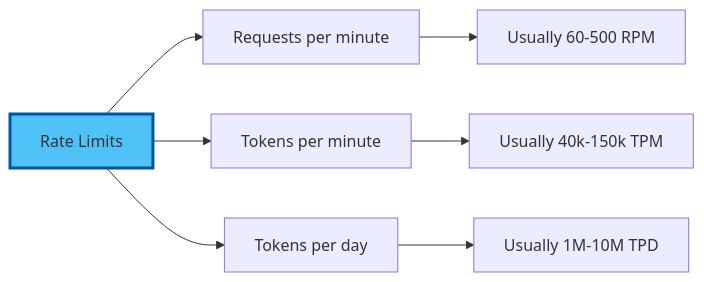
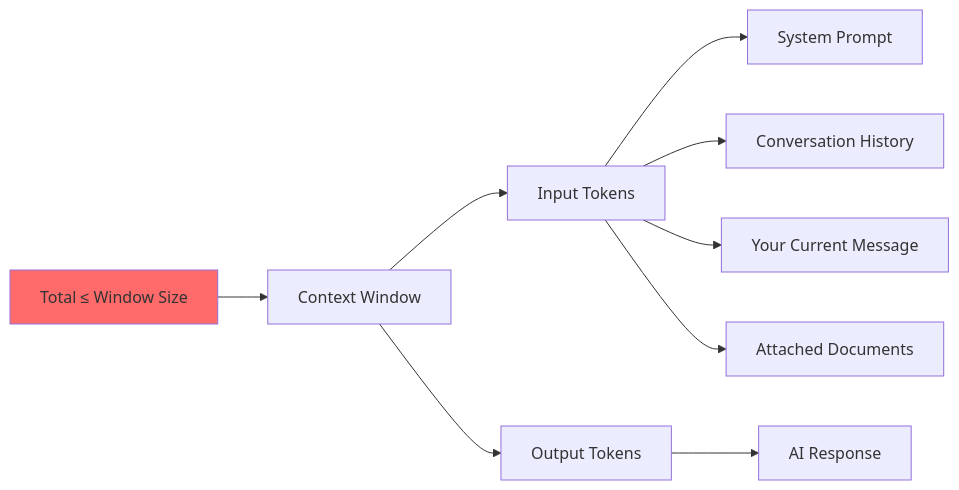
Before and after one commit to DreamLab-AI/dreamlab-ai-website: the fifth of 6 diagrams in public/data/workshops/workshop-02-morning-ai-api-access/01_concepts.md, drawn with Mermaid. The commit also changed other lines of this file and 73 other files, not shown here.

````diff
--- a/public/data/workshops/workshop-02-morning-ai-api-access/01_concepts.md
+++ b/public/data/workshops/workshop-02-morning-ai-api-access/01_concepts.md
@@ -243,12 +381,16 @@
 ```mermaid
 graph LR
-    A[Rate Limits] --> B[Requests per minute]
-    A --> C[Tokens per minute]
-    A --> D[Tokens per day]
-    
-    B --> B1[Usually 60-500 RPM]
-    C --> C1[Usually 40k-150k TPM]
-    D --> D1[Usually 1M-10M TPD]
-    
-    style A fill:#4fc3f7,stroke:#01579b,stroke-width:3px
+    A[Context Window] --> B[Input Tokens]
+    A --> C[Output Tokens]
+
+    B --> B1[System Prompt]
+    B --> B2[Conversation History]
+    B --> B3[Your Current Message]
+    B --> B4[Attached Documents]
+
+    C --> C1[AI Response]
+
+    D[Total ≤ Window Size] --> A
+
+    style D fill:#ff6b6b
 ```
````
